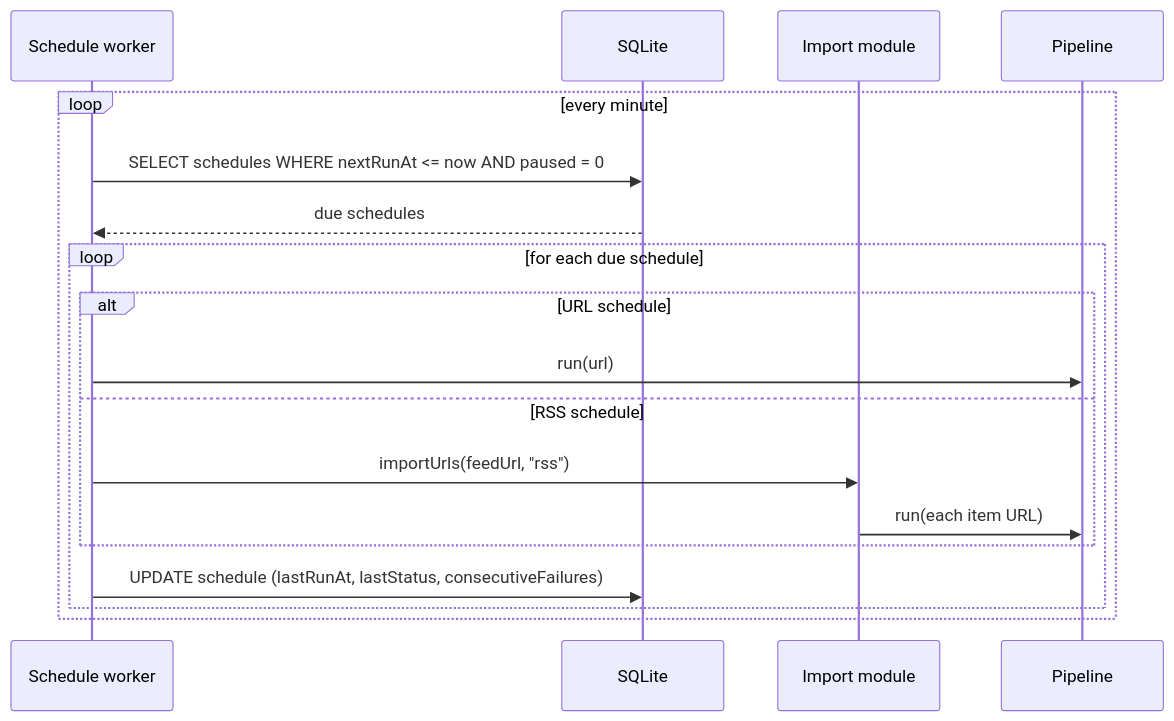
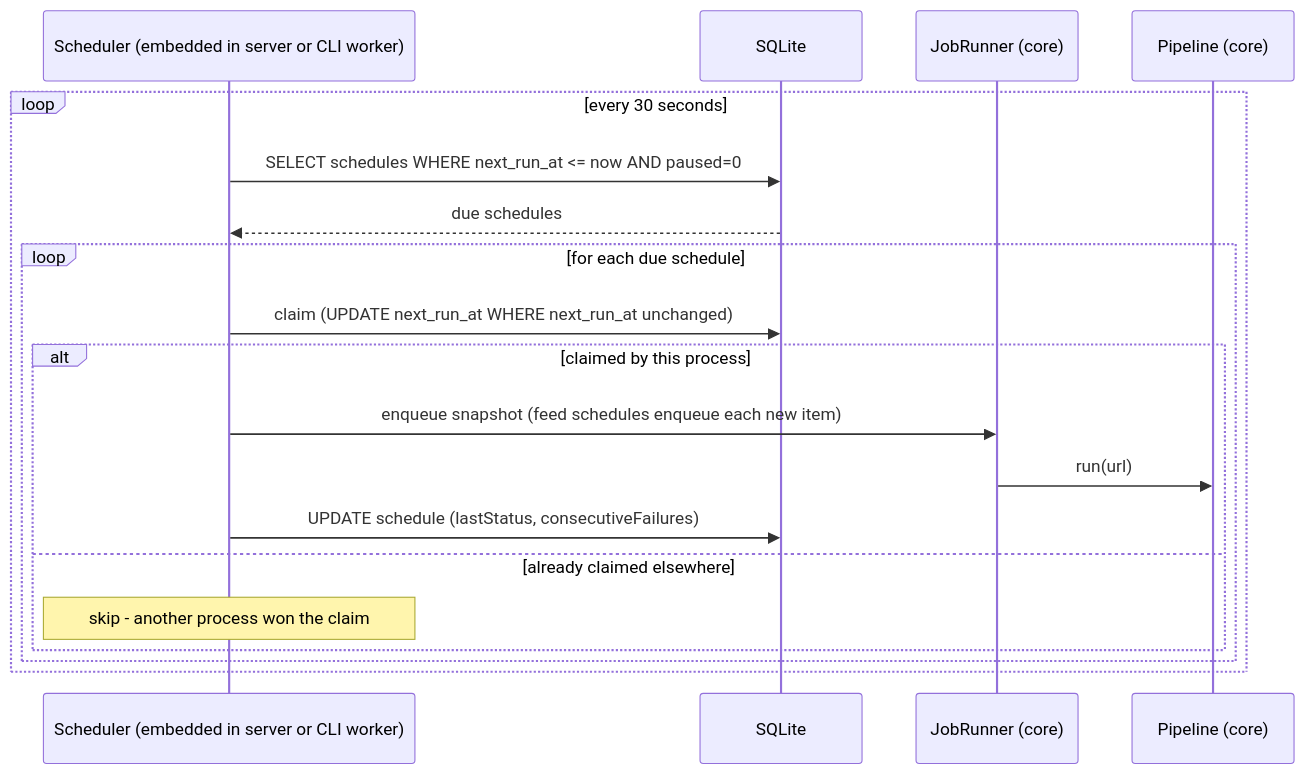
The fourth of 4 diagrams in docs/architecture/pipeline.md (gtkatakura/webfrost), drawn with Mermaid before and after one commit. The commit also changed other lines of this file and 55 other files, not shown here.

````diff
--- a/docs/architecture/pipeline.md
+++ b/docs/architecture/pipeline.md
@@ -113,22 +116,23 @@
 ```mermaid
 sequenceDiagram
-  participant Worker as Schedule worker
+  participant Scheduler as Scheduler (embedded in server or CLI worker)
   participant DB as SQLite
-  participant Import as Import module
-  participant Pipeline as Pipeline
+  participant Runner as JobRunner (core)
+  participant Pipeline as Pipeline (core)
 
-  loop every minute
-    Worker->>DB: SELECT schedules WHERE nextRunAt <= now AND paused = 0
-    DB-->>Worker: due schedules
+  loop every 30 seconds
+    Scheduler->>DB: SELECT schedules WHERE next_run_at <= now AND paused=0
+    DB-->>Scheduler: due schedules
 
     loop for each due schedule
-      alt URL schedule
-        Worker->>Pipeline: run(url)
-      else RSS schedule
-        Worker->>Import: importUrls(feedUrl, "rss")
-        Import->>Pipeline: run(each item URL)
+      Scheduler->>DB: claim (UPDATE next_run_at WHERE next_run_at unchanged)
+      alt claimed by this process
+        Scheduler->>Runner: enqueue snapshot (feed schedules enqueue each new item)
+        Runner->>Pipeline: run(url)
+        Scheduler->>DB: UPDATE schedule (lastStatus, consecutiveFailures)
+      else already claimed elsewhere
+        note over Scheduler: skip - another process won the claim
       end
-      Worker->>DB: UPDATE schedule (lastRunAt, lastStatus, consecutiveFailures)
     end
   end
 ```
````
